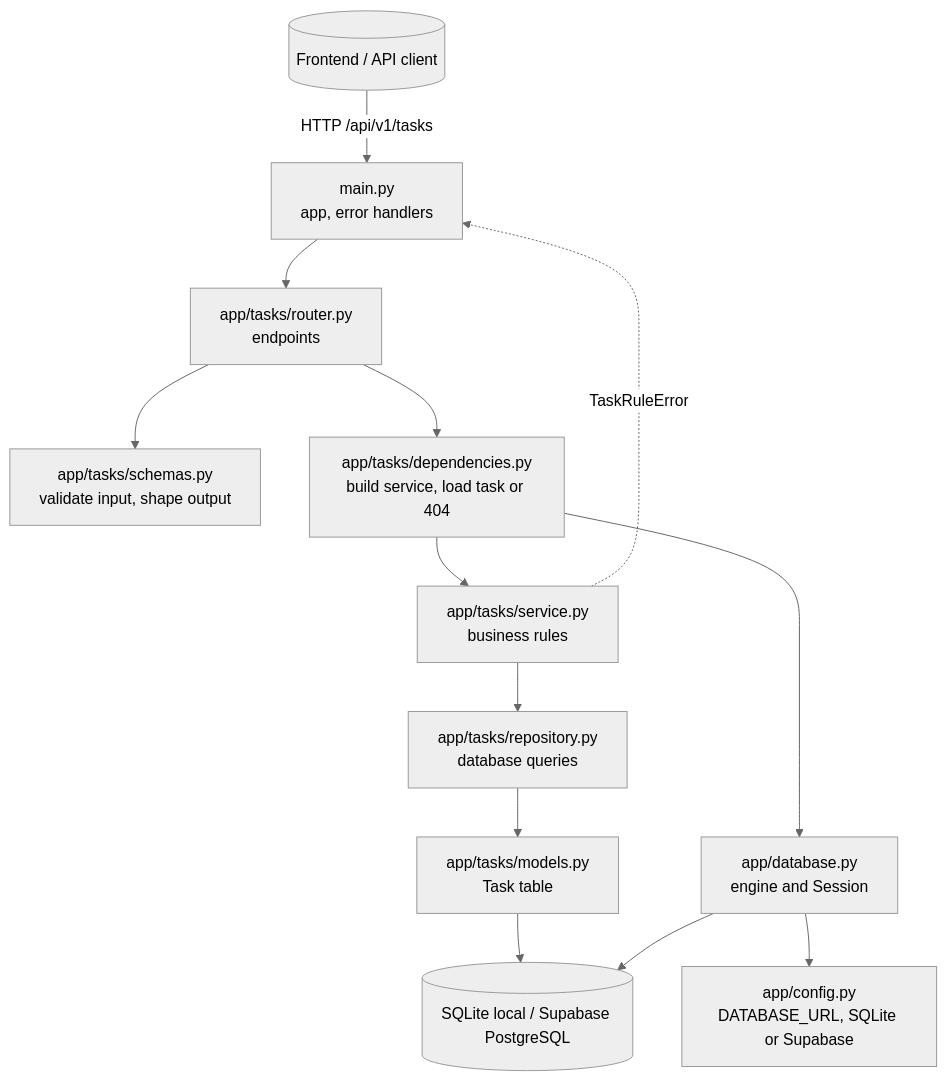
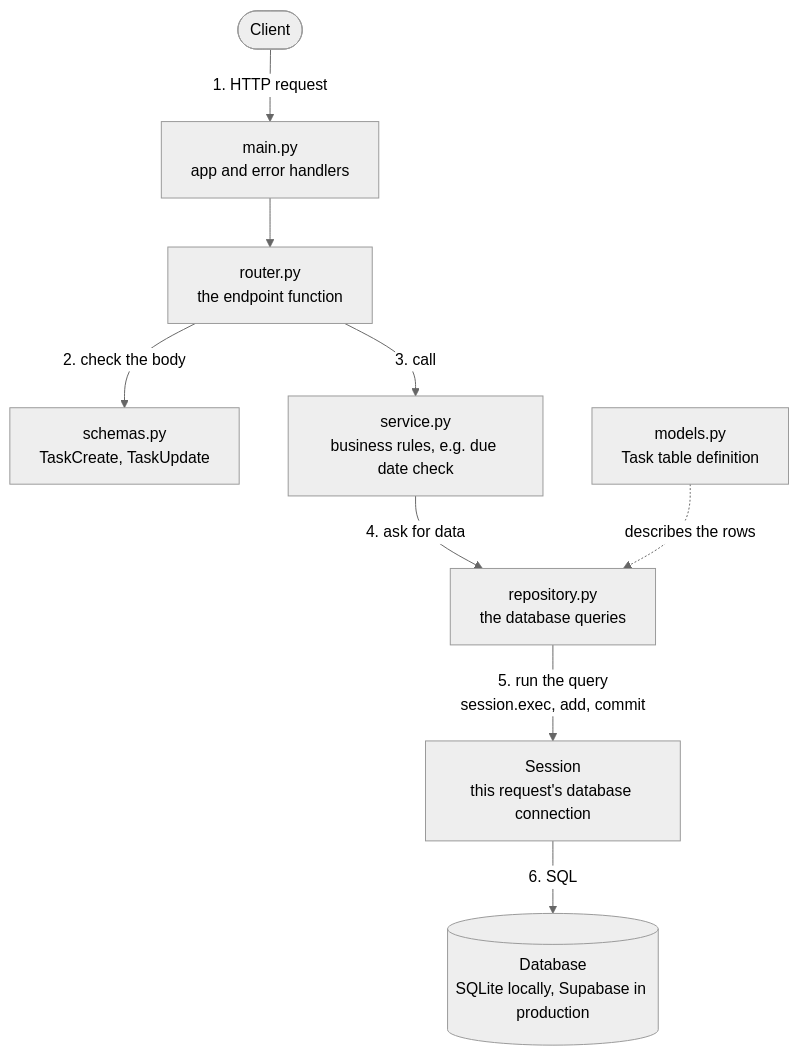
The second of 4 diagrams in README.md (sayef-reyadh-labs/smarter-todo), drawn with Mermaid (neutral theme) before and after one commit. The commit also changed other lines of this file, not shown here.

Commit message:
docs: show how the session reaches the database in the readme diagrams (#3)

````diff
--- a/README.md
+++ b/README.md
@@ -75,15 +75,11 @@
 ```mermaid
 flowchart TD
-    client[("Frontend / API client")] -->|"HTTP /api/v1/tasks"| main["main.py<br/>app, error handlers"]
-    main --> router["app/tasks/router.py<br/>endpoints"]
-    router --> schemas["app/tasks/schemas.py<br/>validate input, shape output"]
-    router --> deps["app/tasks/dependencies.py<br/>build service, load task or 404"]
-    deps --> service["app/tasks/service.py<br/>business rules"]
-    service --> repo["app/tasks/repository.py<br/>database queries"]
-    repo --> models["app/tasks/models.py<br/>Task table"]
-    deps --> db["app/database.py<br/>engine and Session"]
-    db --> config["app/config.py<br/>DATABASE_URL, SQLite or Supabase"]
-    models --> store[("SQLite local / Supabase PostgreSQL")]
-    db --> store
-    service -. "TaskRuleError" .-> main
+    client(["Client"]) -->|"1. HTTP request"| main["main.py<br/>app and error handlers"]
+    main --> router["router.py<br/>the endpoint function"]
+    router -->|"2. check the body"| schemas["schemas.py<br/>TaskCreate, TaskUpdate"]
+    router -->|"3. call"| service["service.py<br/>business rules, e.g. due date check"]
+    service -->|"4. ask for data"| repo["repository.py<br/>the database queries"]
+    repo -->|"5. run the query<br/>session.exec, add, commit"| session["Session<br/>this request's database connection"]
+    session -->|"6. SQL"| db[("Database<br/>SQLite locally, Supabase in production")]
+    models["models.py<br/>Task table definition"] -.->|"describes the rows"| repo
 ```
````
